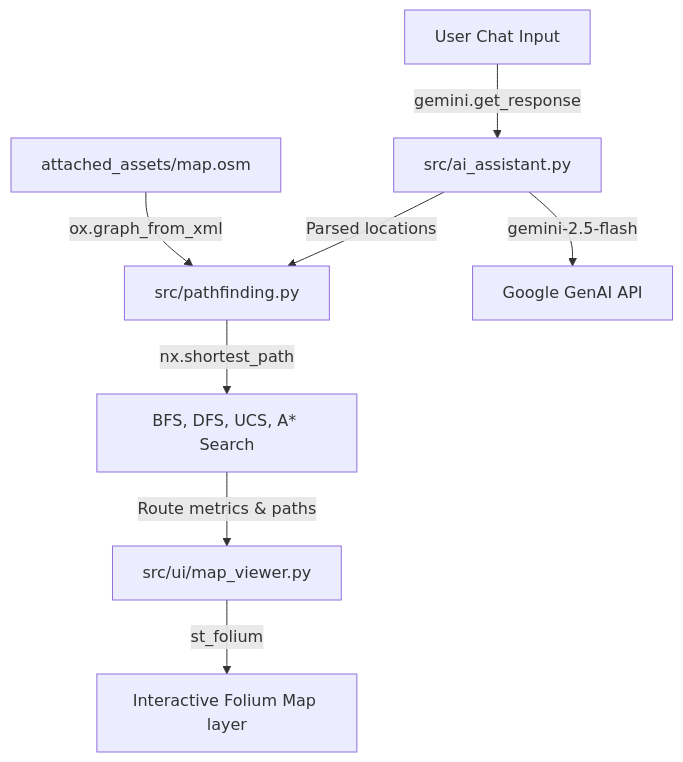
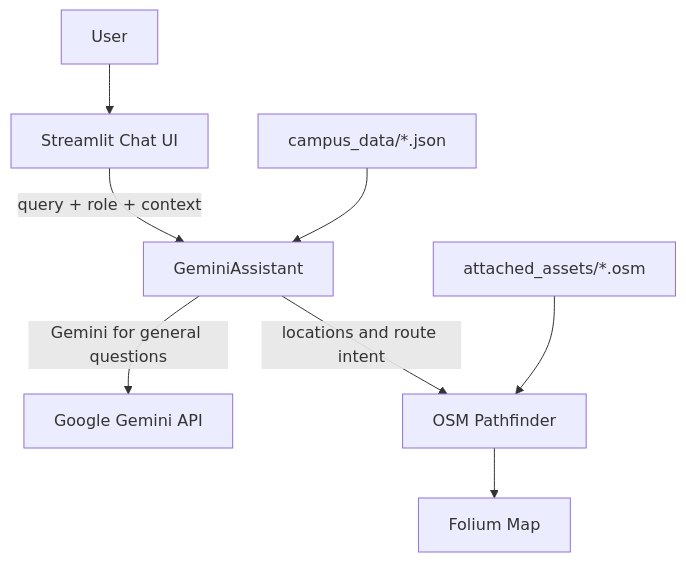
One commit to gokulrajmisox/smartcampus changed the diagram in README.md. Above: the diagram before and after it, drawn with Mermaid. The commit also changed other lines of this file and 39 other files, not shown here.

````diff
--- a/README.md
+++ b/README.md
@@ -66,10 +20,10 @@
 ```mermaid
 graph TD
-    OSM[attached_assets/map.osm] -->|ox.graph_from_xml| Pathfinder[src/pathfinding.py]
-    UserQuery[User Chat Input] -->|gemini.get_response| AI[src/ai_assistant.py]
-    AI -->|gemini-2.5-flash| GoogleAI[Google GenAI API]
-    AI -->|Parsed locations| Pathfinder
-    Pathfinder -->|nx.shortest_path| Algos[BFS, DFS, UCS, A* Search]
-    Algos -->|Route metrics & paths| View[src/ui/map_viewer.py]
-    View -->|st_folium| Map[Interactive Folium Map layer]
+    User[User] --> Chat[Streamlit Chat UI]
+    Chat -->|query + role + context| Assistant[GeminiAssistant]
+    Assistant -->|Gemini for general questions| Gemini[Google Gemini API]
+    Assistant -->|locations and route intent| Pathfinder[OSM Pathfinder]
+    Pathfinder --> Map[Folium Map]
+    CampusData[campus_data/*.json] --> Assistant
+    OSM[attached_assets/*.osm] --> Pathfinder
 ```
````
